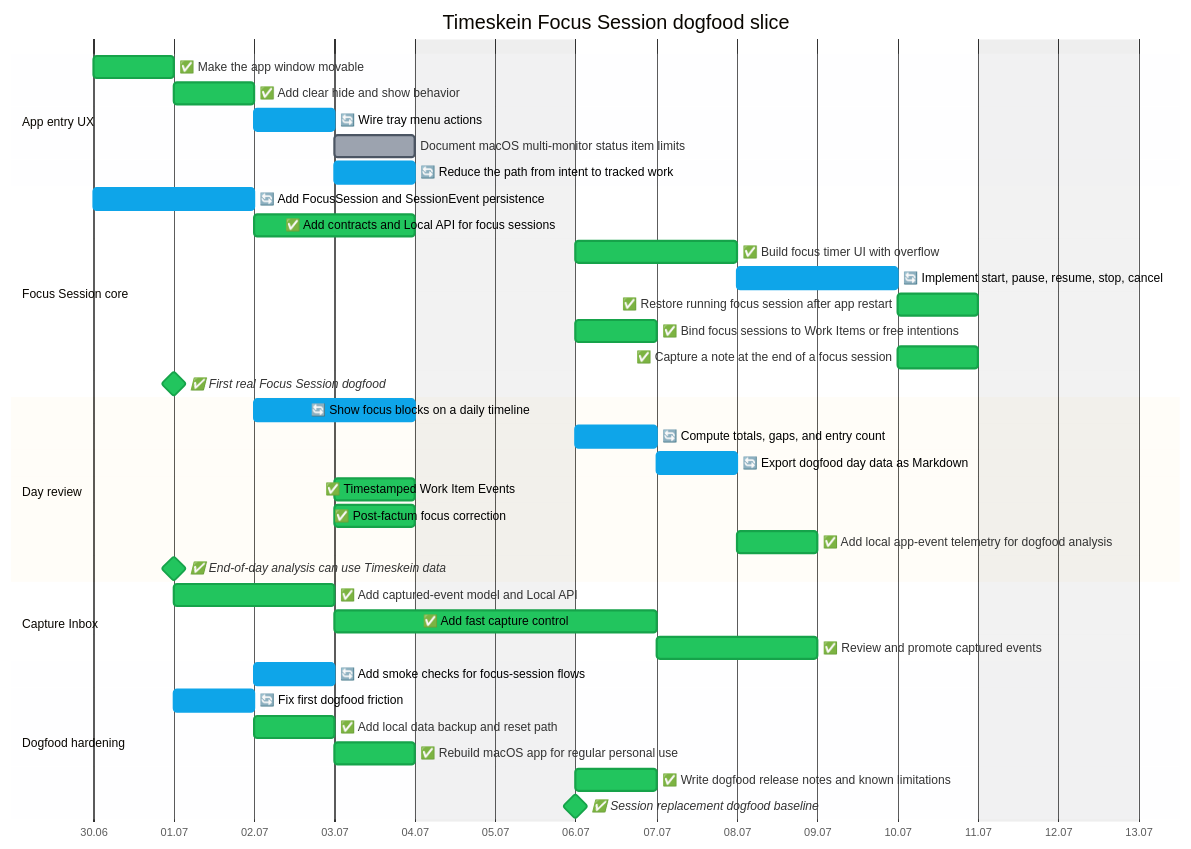
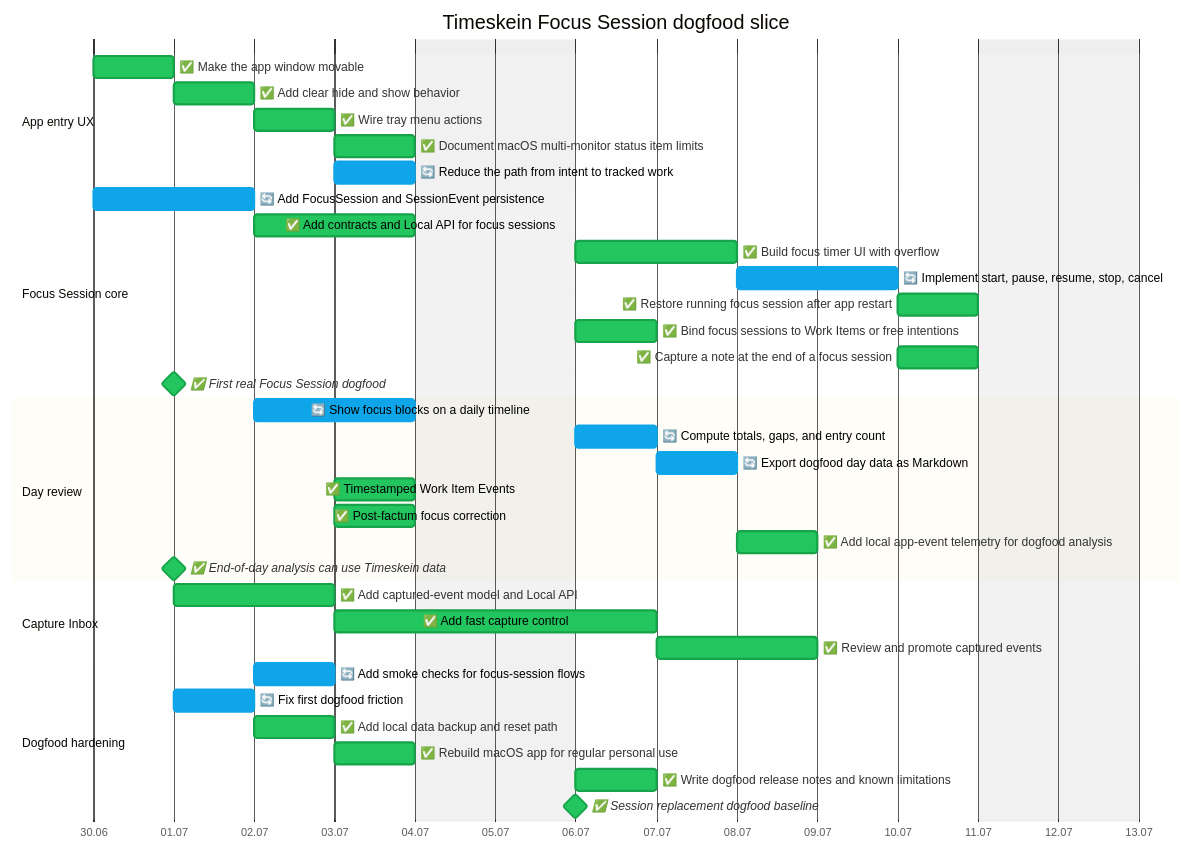
The second of 2 diagrams in docs/roadmap/opskarta.md (asukhodko/timeskein), drawn with Mermaid before and after one commit. The commit also changed other lines of this file and 11 other files, not shown here.

Commit message:
Polish macOS window and tray status

````diff
--- a/docs/roadmap/opskarta.md
+++ b/docs/roadmap/opskarta.md
@@ -64,44 +64,44 @@
 ```mermaid
 %%{init: {"theme": "base", "themeVariables": {"taskBkgColor": "#9ca3af", "taskBorderColor": "#4b5563", "taskTextColor": "#000000", "taskTextDarkColor": "#000000", "taskTextLightColor": "#000000", "activeTaskBkgColor": "#0ea5e9", "activeTaskBorderColor": "#0ea5e9", "doneTaskBkgColor": "#22c55e", "doneTaskBorderColor": "#16a34a", "critBkgColor": "#fecaca", "critBorderColor": "#fecaca", "todayLineColor": "#ef4444"}} }%%
 
 gantt
     title Timeskein Focus Session dogfood slice
     dateFormat YYYY-MM-DD
     axisFormat %d.%m
     excludes weekends
 
     section App entry UX
     ✅ Make the app window movable  :done, ts_ux_entry_window_drag,    2026-06-30, 1d
     ✅ Add clear hide and show behavior  :done, ts_ux_entry_hide_toggle,    2026-07-01, 1d
-    🔄 Wire tray menu actions  :active, ts_ux_entry_tray_actions,    2026-07-02, 1d
-    Document macOS multi-monitor status item limits  :ts_ux_entry_monitor_policy,    2026-07-03, 1d
+    ✅ Wire tray menu actions  :done, ts_ux_entry_tray_actions,    2026-07-02, 1d
+    ✅ Document macOS multi-monitor status item limits  :done, ts_ux_entry_monitor_policy,    2026-07-03, 1d
     🔄 Reduce the path from intent to tracked work  :active, ts_ux_entry_fast_track_flow,    2026-07-03, 1d
     section Focus Session core
     🔄 Add FocusSession and SessionEvent persistence  :active, ts_focus_core_model_migrations,    2026-06-30, 2d
     ✅ Add contracts and Local API for focus sessions  :done, ts_focus_core_contracts_api,    2026-07-02, 2d
     ✅ Build focus timer UI with overflow  :done, ts_focus_core_timer_ui,    2026-07-06, 2d
     🔄 Implement start, pause, resume, stop, cancel  :active, ts_focus_core_session_lifecycle,    2026-07-08, 2d
     ✅ Restore running focus session after app restart  :done, ts_focus_core_restart_restore,    2026-07-10, 1d
     ✅ Bind focus sessions to Work Items or free intentions  :done, ts_focus_core_work_item_binding,    2026-07-06, 1d
     ✅ Capture a note at the end of a focus session  :done, ts_focus_core_session_notes,    2026-07-10, 1d
     ✅ First real Focus Session dogfood  :milestone, done, ts_focus_core_dogfood_gate,    2026-07-01, 0d
     section Day review
     🔄 Show focus blocks on a daily timeline  :active, ts_day_review_timeline,    2026-07-02, 2d
     🔄 Compute totals, gaps, and entry count  :active, ts_day_review_totals_gaps,    2026-07-06, 1d
     🔄 Export dogfood day data as Markdown  :active, ts_day_review_export,    2026-07-07, 1d
     ✅ Timestamped Work Item Events  :done, ts_day_review_work_item_events,    2026-07-03, 1d
     ✅ Post-factum focus correction  :done, ts_day_review_corrections,    2026-07-03, 1d
     ✅ Add local app-event telemetry for dogfood analysis  :done, ts_day_review_app_telemetry,    2026-07-08, 1d
     ✅ End-of-day analysis can use Timeskein data  :milestone, done, ts_day_review_analysis_gate,    2026-07-01, 0d
     section Capture Inbox
     ✅ Add captured-event model and Local API  :done, ts_capture_model_api,    2026-07-01, 2d
     ✅ Add fast capture control  :done, ts_capture_quick_ui,    2026-07-03, 2d
     ✅ Review and promote captured events  :done, ts_capture_review_flow,    2026-07-07, 2d
     section Dogfood hardening
     🔄 Add smoke checks for focus-session flows  :active, ts_hardening_smoke,    2026-07-02, 1d
     🔄 Fix first dogfood friction  :active, ts_hardening_post_dogfood_friction,    2026-07-01, 1d
     ✅ Add local data backup and reset path  :done, ts_hardening_backup_reset,    2026-07-02, 1d
     ✅ Rebuild macOS app for regular personal use  :done, ts_hardening_package_app,    2026-07-03, 1d
     ✅ Write dogfood release notes and known limitations  :done, ts_hardening_release_notes,    2026-07-06, 1d
     ✅ Session replacement dogfood baseline  :milestone, done, ts_hardening_dogfood_release,    2026-07-06, 0d
 ```
````
